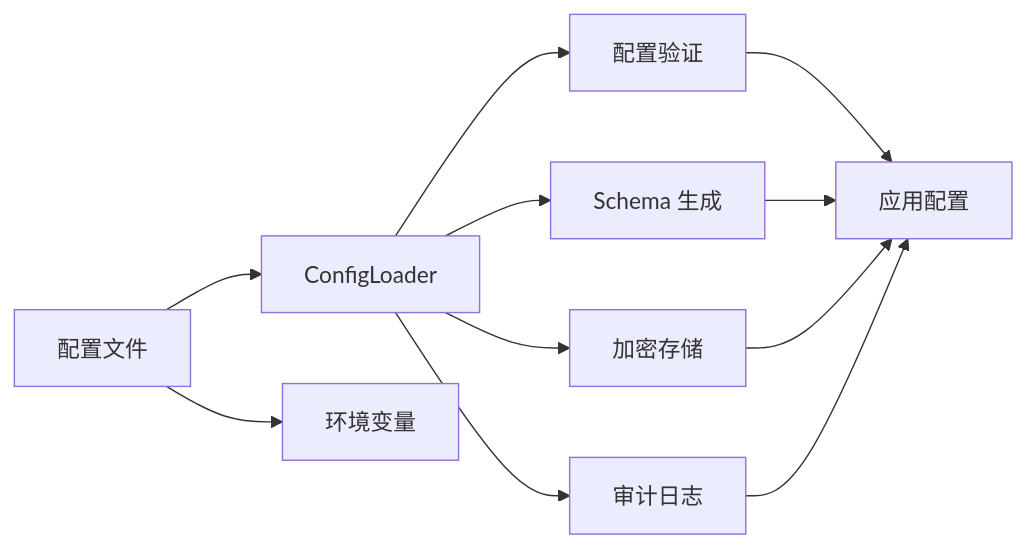
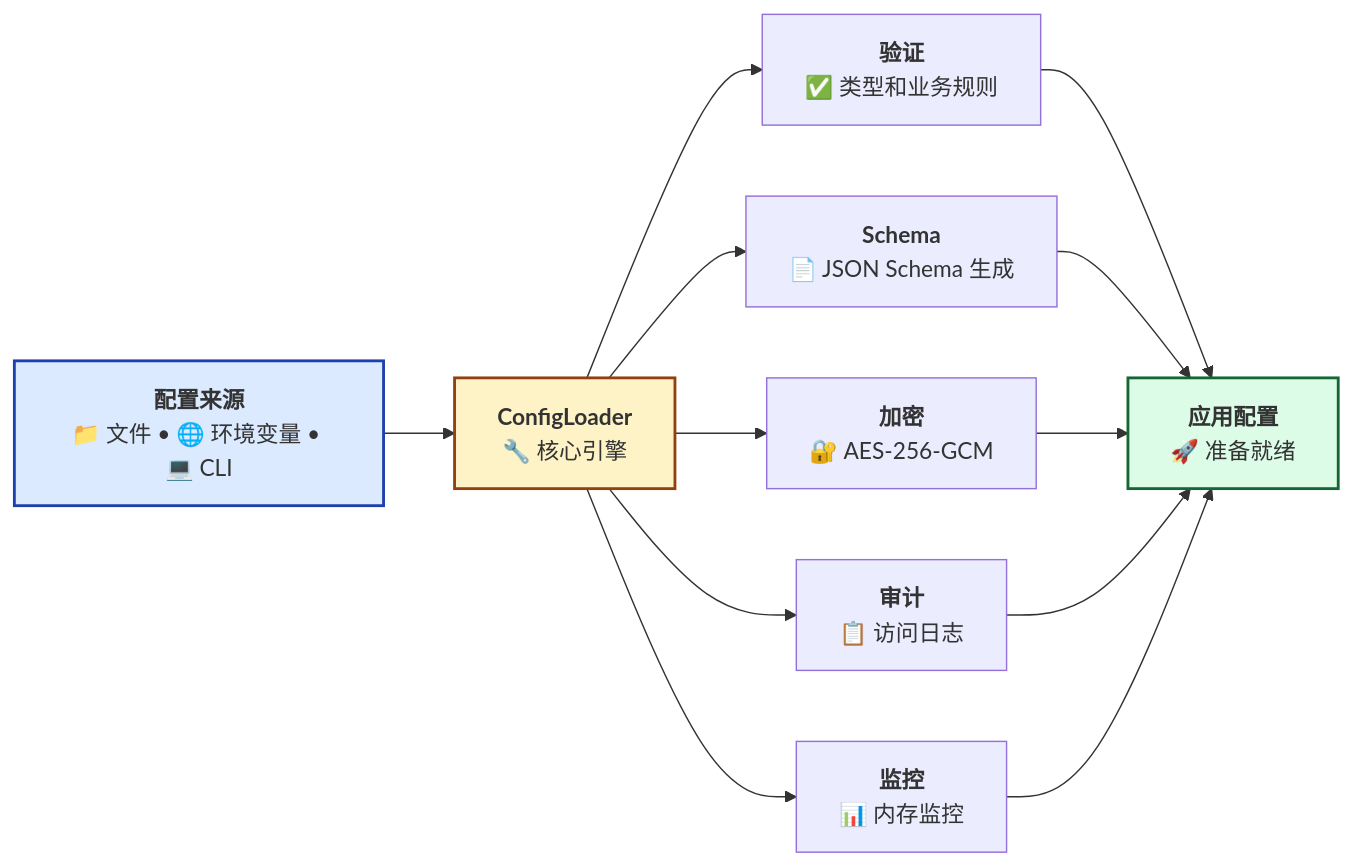
One commit to Kirky-X/confers changed the first of 3 diagrams in README_zh.md. Above: the diagram before and after it, drawn with Mermaid. The commit also changed other lines of this file and 12 other files, not shown here.

First line of the commit message:
docs: 优化文档页面视觉效果并添加 logo 图片

````diff
--- a/README_zh.md
+++ b/README_zh.md
@@ -118,13 +170,18 @@
 ```mermaid
 graph LR
-    A[配置文件] --> B[ConfigLoader]
-    A --> C[环境变量]
-    B --> D[配置验证]
-    B --> E[Schema 生成]
-    B --> F[加密存储]
-    B --> G[审计日志]
-    D --> H[应用配置]
+    A[<b>配置来源</b><br/>📁 文件 • 🌐 环境变量 • 💻 CLI] --> B[<b>ConfigLoader</b><br/>🔧 核心引擎]
+    B --> C[<b>验证</b><br/>✅ 类型和业务规则]
+    B --> D[<b>Schema</b><br/>📄 JSON Schema 生成]
+    B --> E[<b>加密</b><br/>🔐 AES-256-GCM]
+    B --> F[<b>审计</b><br/>📋 访问日志]
+    B --> G[<b>监控</b><br/>📊 内存监控]
+    C --> H[<b>应用配置</b><br/>🚀 准备就绪]
+    D --> H
     E --> H
     F --> H
     G --> H
+    
+    style A fill:#DBEAFE,stroke:#1E40AF,stroke-width:2px
+    style B fill:#FEF3C7,stroke:#92400E,stroke-width:2px
+    style H fill:#DCFCE7,stroke:#166534,stroke-width:2px
 ```
````
